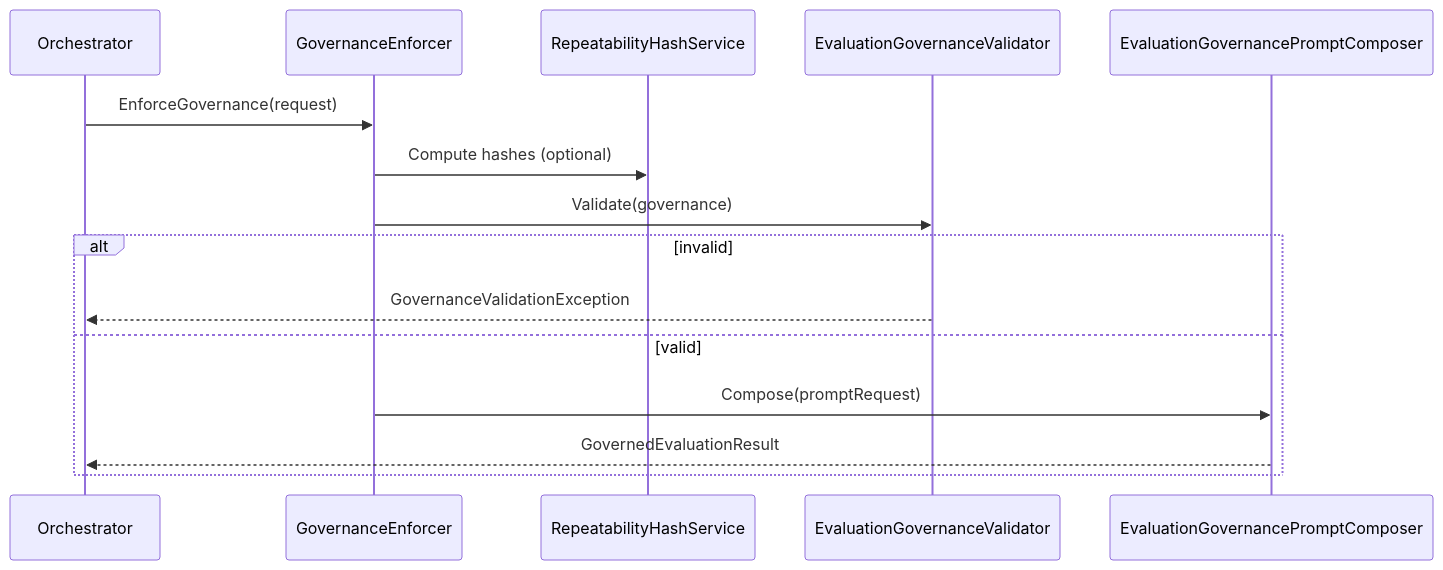
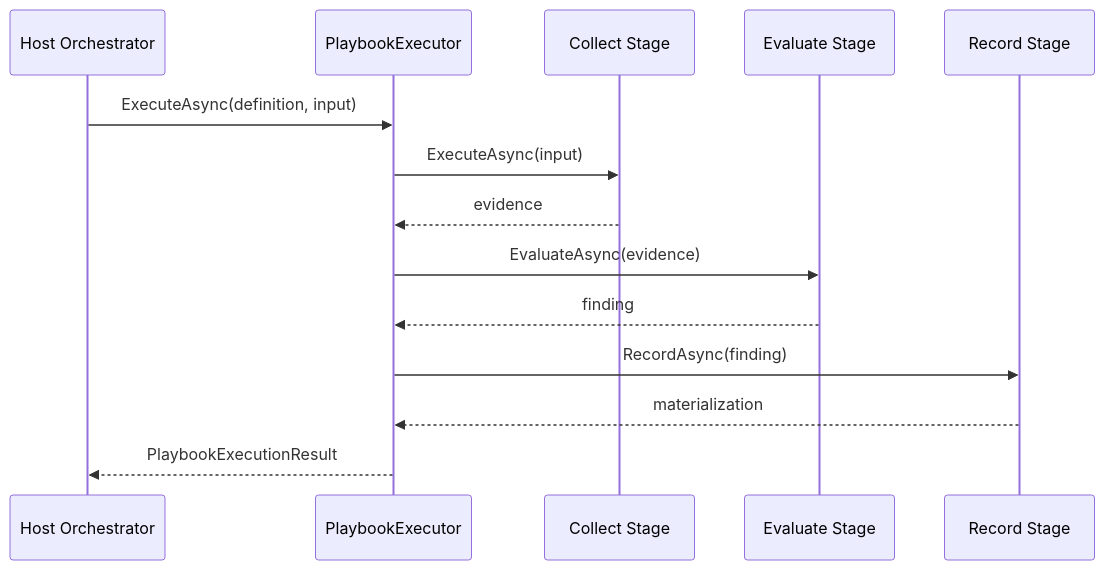
The second of 2 diagrams in docs/product/sprint-0/agents-playbook-sprint-0-context-diagram.md (goodtocode/agents-playbook), drawn with Mermaid before and after one commit. The commit also changed other lines of this file and 132 other files, not shown here.

````diff
--- a/docs/product/sprint-0/agents-playbook-sprint-0-context-diagram.md
+++ b/docs/product/sprint-0/agents-playbook-sprint-0-context-diagram.md
@@ -60,18 +54,17 @@
 ```mermaid
 sequenceDiagram
-    participant Caller as Orchestrator
-    participant Enforcer as GovernanceEnforcer
-    participant Hash as RepeatabilityHashService
-    participant Validator as EvaluationGovernanceValidator
-    participant Composer as EvaluationGovernancePromptComposer
+    participant Host as Host Orchestrator
+    participant Executor as PlaybookExecutor
+    participant Collect as Collect Stage
+    participant Evaluate as Evaluate Stage
+    participant Record as Record Stage
 
-    Caller->>Enforcer: EnforceGovernance(request)
-    Enforcer->>Hash: Compute hashes (optional)
-    Enforcer->>Validator: Validate(governance)
-    alt invalid
-        Validator-->>Caller: GovernanceValidationException
-    else valid
-        Enforcer->>Composer: Compose(promptRequest)
-        Composer-->>Caller: GovernedEvaluationResult
-    end
+    Host->>Executor: ExecuteAsync(definition, input)
+    Executor->>Collect: ExecuteAsync(input)
+    Collect-->>Executor: evidence
+    Executor->>Evaluate: EvaluateAsync(evidence)
+    Evaluate-->>Executor: finding
+    Executor->>Record: RecordAsync(finding)
+    Record-->>Executor: materialization
+    Executor-->>Host: PlaybookExecutionResult
 ```
````
